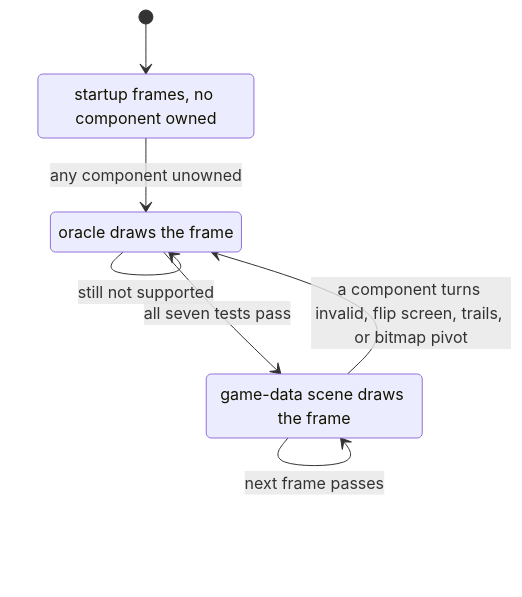
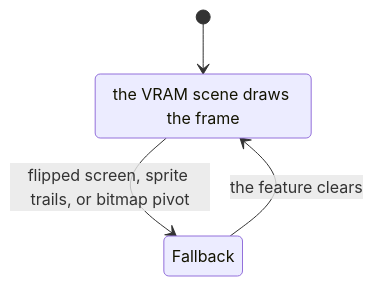
The third of 4 diagrams in docs/site/developer/runtime/video/game-hle.md (ansxor/f3-recomp), drawn with Mermaid before and after one commit. The commit also changed other lines of this file and 73 other files, not shown here.

Commit message:
Rework game video HLE: generic/log/decode modules, scene/sprite/tile/text/line updates, docs refresh

````diff
--- a/docs/site/developer/runtime/video/game-hle.md
+++ b/docs/site/developer/runtime/video/game-hle.md
@@ -213,12 +199,7 @@
 ```mermaid
 stateDiagram-v2
-    [*] --> Startup
-    Startup : startup frames, no component owned
-    Startup --> Fallback : any component unowned
-    Fallback : oracle draws the frame
-    Fallback --> Supported : all seven tests pass
-    Supported : game-data scene draws the frame
-    Supported --> Fallback : a component turns invalid, flip screen, trails, or bitmap pivot
-    Fallback --> Fallback : still not supported
-    Supported --> Supported : next frame passes
+    [*] --> Supported
+    Supported : the VRAM scene draws the frame
+    Supported --> Fallback : flipped screen, sprite trails, or bitmap pivot
+    Fallback --> Supported : the feature clears
 ```
````
